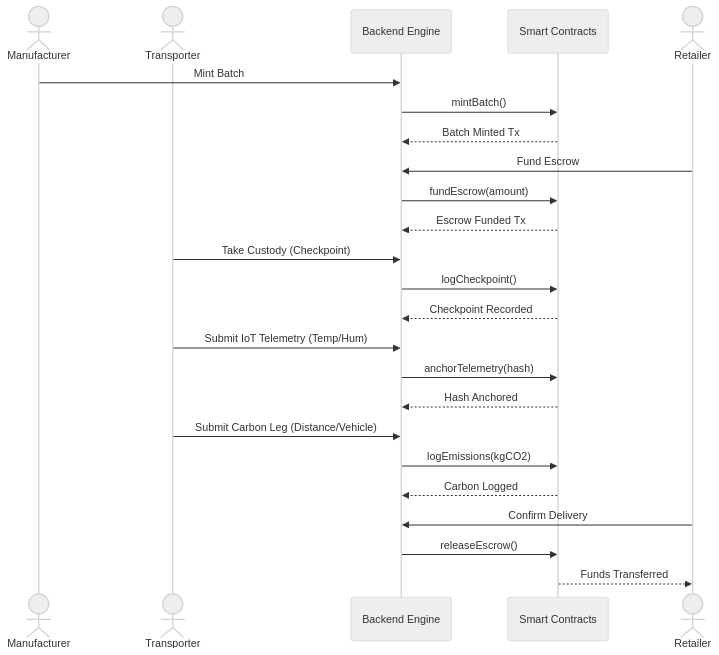
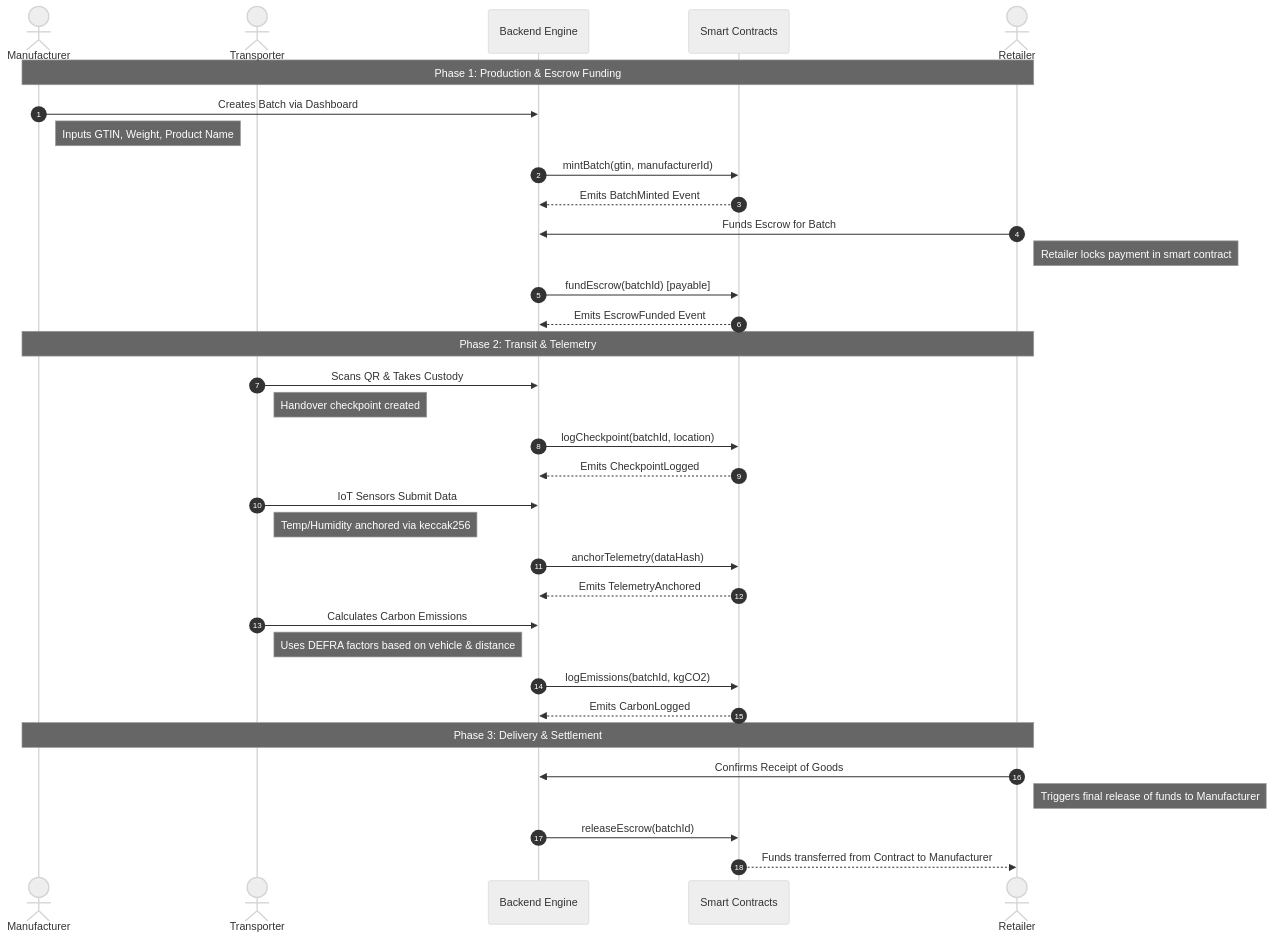
One commit to mohitdeshmukhdev/MST-SupplyChain changed the second of 3 diagrams in README.md. Above: the diagram before and after it, drawn with Mermaid (neutral theme). The commit also changed other lines of this file, not shown here.

Commit message:
Update project name to MST Supply Chain and enhance architecture diagrams

````diff
--- a/README.md
+++ b/README.md
@@ -83,32 +84,42 @@
 ```mermaid
 sequenceDiagram
+    autonumber
     actor M as Manufacturer
     actor T as Transporter
     participant B as Backend Engine
     participant C as Smart Contracts
     actor R as Retailer
 
-    M->>B: Mint Batch
-    B->>C: mintBatch()
-    C-->>B: Batch Minted Tx
+    Note over M,R: Phase 1: Production & Escrow Funding
+    M->>B: Creates Batch via Dashboard
+    Note right of M: Inputs GTIN, Weight, Product Name
+    B->>C: mintBatch(gtin, manufacturerId)
+    C-->>B: Emits BatchMinted Event
     
-    R->>B: Fund Escrow
-    B->>C: fundEscrow(amount)
-    C-->>B: Escrow Funded Tx
+    R->>B: Funds Escrow for Batch
+    Note right of R: Retailer locks payment in smart contract
+    B->>C: fundEscrow(batchId) [payable]
+    C-->>B: Emits EscrowFunded Event
     
-    T->>B: Take Custody (Checkpoint)
-    B->>C: logCheckpoint()
-    C-->>B: Checkpoint Recorded
+    Note over M,R: Phase 2: Transit & Telemetry
+    T->>B: Scans QR & Takes Custody
+    Note right of T: Handover checkpoint created
+    B->>C: logCheckpoint(batchId, location)
+    C-->>B: Emits CheckpointLogged
     
-    T->>B: Submit IoT Telemetry (Temp/Hum)
-    B->>C: anchorTelemetry(hash)
-    C-->>B: Hash Anchored
+    T->>B: IoT Sensors Submit Data
+    Note right of T: Temp/Humidity anchored via keccak256
+    B->>C: anchorTelemetry(dataHash)
+    C-->>B: Emits TelemetryAnchored
     
-    T->>B: Submit Carbon Leg (Distance/Vehicle)
-    B->>C: logEmissions(kgCO2)
-    C-->>B: Carbon Logged
+    T->>B: Calculates Carbon Emissions
+    Note right of T: Uses DEFRA factors based on vehicle & distance
+    B->>C: logEmissions(batchId, kgCO2)
+    C-->>B: Emits CarbonLogged
     
-    R->>B: Confirm Delivery
-    B->>C: releaseEscrow()
-    C-->>R: Funds Transferred
+    Note over M,R: Phase 3: Delivery & Settlement
+    R->>B: Confirms Receipt of Goods
+    Note right of R: Triggers final release of funds to Manufacturer
+    B->>C: releaseEscrow(batchId)
+    C-->>R: Funds transferred from Contract to Manufacturer
 ```
````
